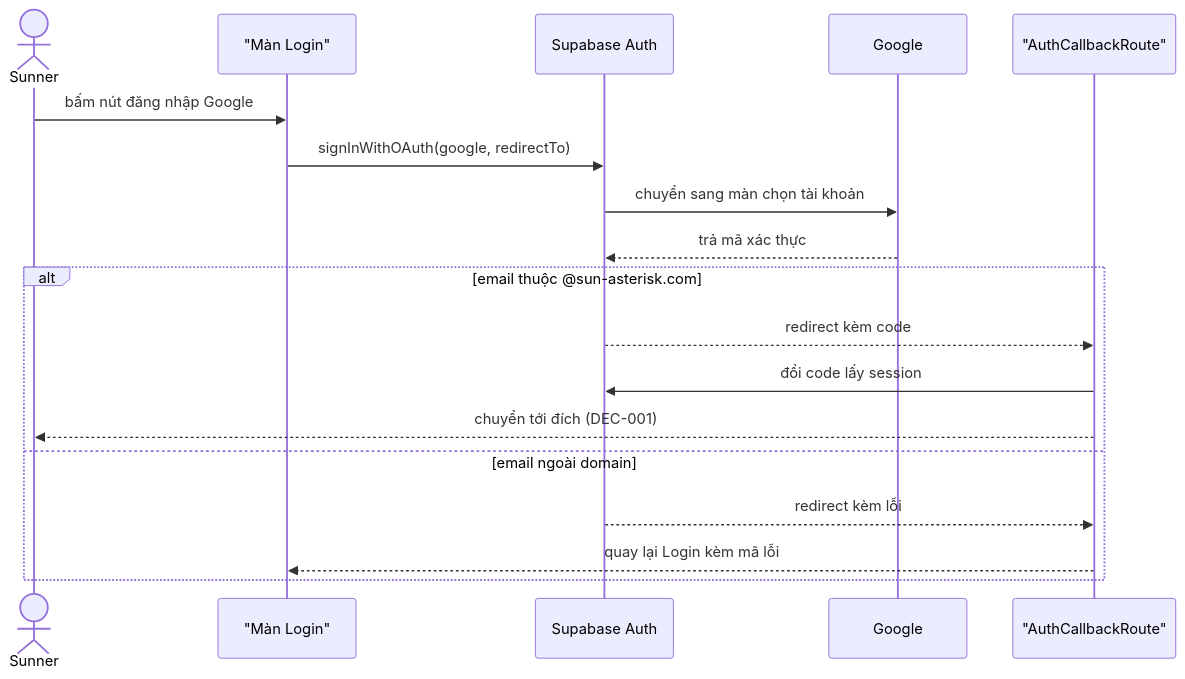
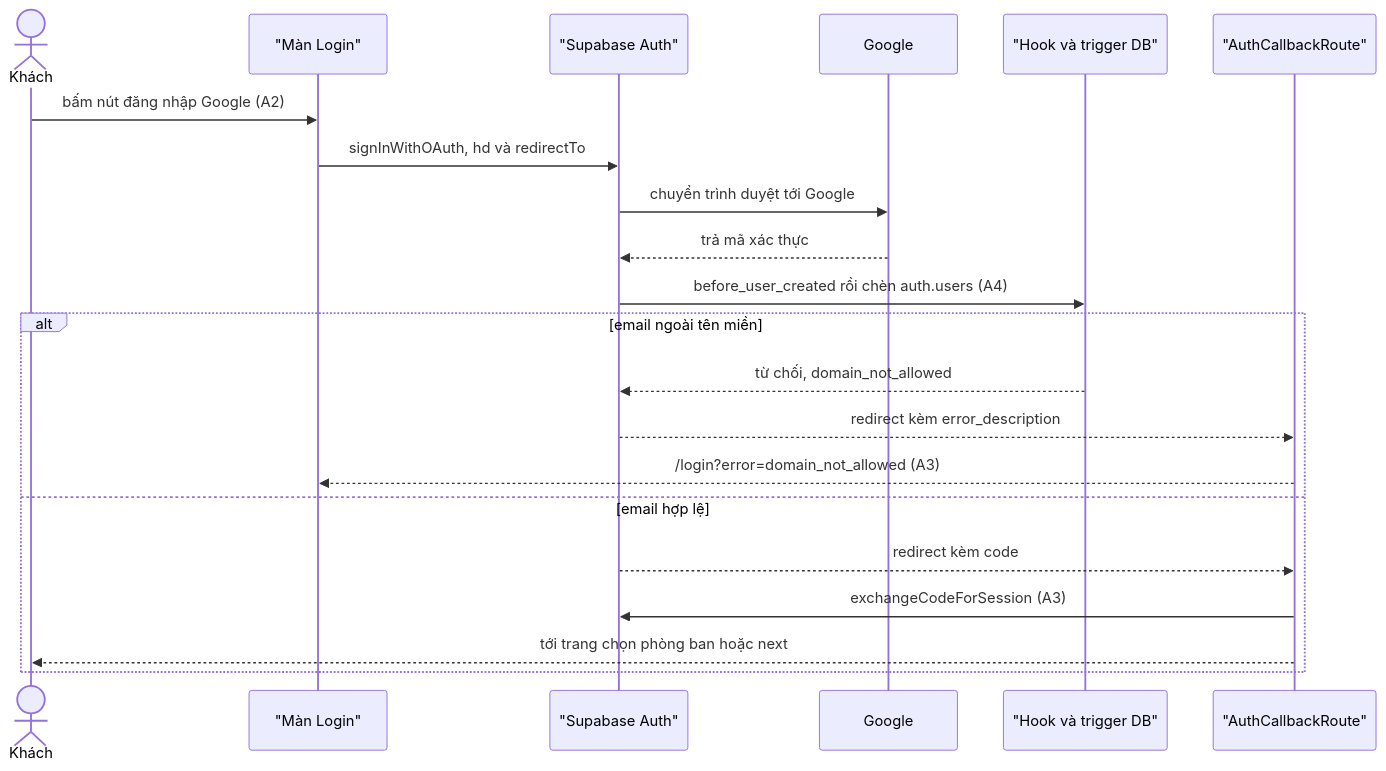
The second of 7 diagrams in docs/features/F001_Auth/technical-spec.md (hailv-3571/agentic-coding-hands-on), drawn with Mermaid before and after one commit. The commit also changed other lines of this file and 250 other files, not shown here.

````diff
--- a/docs/features/F001_Auth/technical-spec.md
+++ b/docs/features/F001_Auth/technical-spec.md
@@ -65,20 +77,24 @@
 ```mermaid
 sequenceDiagram
-    actor U as Sunner
+    actor U as Khách
     participant L as "Màn Login"
-    participant S as Supabase Auth
+    participant S as "Supabase Auth"
     participant G as Google
+    participant H as "Hook và trigger DB"
     participant C as "AuthCallbackRoute"
-    U->>L: bấm nút đăng nhập Google
-    L->>S: signInWithOAuth(google, redirectTo)
-    S->>G: chuyển sang màn chọn tài khoản
+
+    U->>L: bấm nút đăng nhập Google (A2)
+    L->>S: signInWithOAuth, hd và redirectTo
+    S->>G: chuyển trình duyệt tới Google
     G-->>S: trả mã xác thực
-    alt email thuộc @sun-asterisk.com
+    S->>H: before_user_created rồi chèn auth.users (A4)
+    alt email ngoài tên miền
+        H-->>S: từ chối, domain_not_allowed
+        S-->>C: redirect kèm error_description
+        C-->>L: /login?error=domain_not_allowed (A3)
+    else email hợp lệ
         S-->>C: redirect kèm code
-        C->>S: đổi code lấy session
-        C-->>U: chuyển tới đích (DEC-001)
-    else email ngoài domain
-        S-->>C: redirect kèm lỗi
-        C-->>L: quay lại Login kèm mã lỗi
+        C->>S: exchangeCodeForSession (A3)
+        C-->>U: tới trang chọn phòng ban hoặc next
     end
 ```
````
